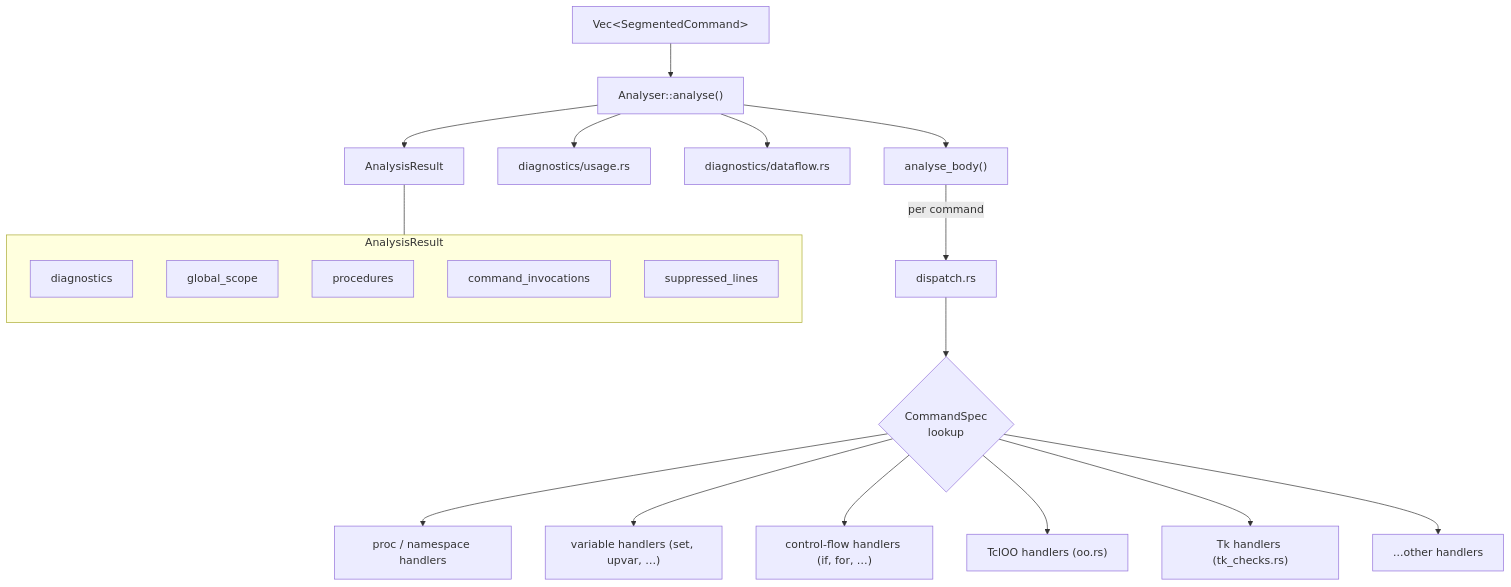
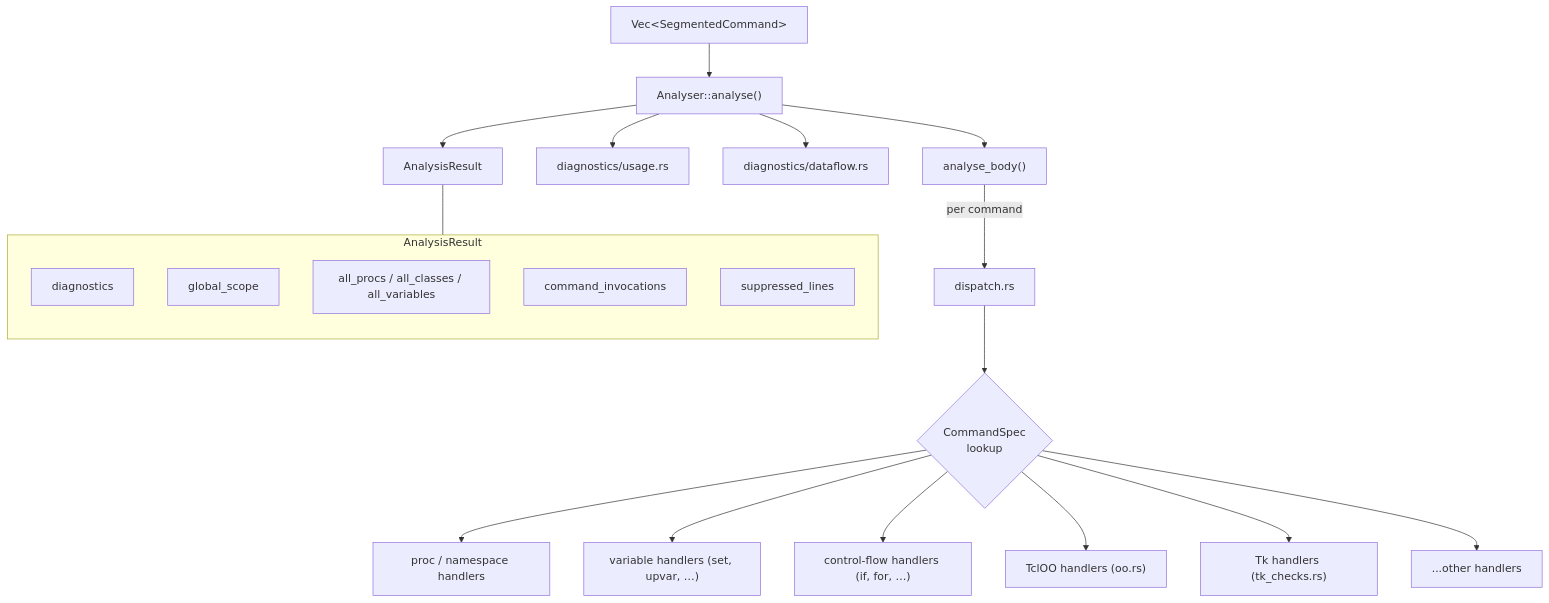
The fifth of 20 diagrams in docs/design/compiler-architecture.md (bitwisecook/tcl-lsp), drawn with Mermaid before and after one commit. The commit also changed other lines of this file and 2 other files, not shown here.

````diff
--- a/docs/design/compiler-architecture.md
+++ b/docs/design/compiler-architecture.md
@@ -207,30 +207,30 @@
 ```mermaid
 flowchart TD
     CMDS["Vec&lt;SegmentedCommand&gt;"] --> ANA["Analyser::analyse()"]
     ANA --> BODY["analyse_body()"]
     BODY --> |"per command"| PROC["dispatch.rs"]
 
     PROC --> MATCH{"CommandSpec<br/>lookup"}
     MATCH --> H_PROC["proc / namespace handlers"]
     MATCH --> H_SET["variable handlers (set, upvar, …)"]
     MATCH --> H_IF["control-flow handlers (if, for, …)"]
     MATCH --> H_OO["TclOO handlers (oo.rs)"]
     MATCH --> H_TK["Tk handlers (tk_checks.rs)"]
     MATCH --> H_ETC["...other handlers"]
 
     ANA --> VUSG["diagnostics/usage.rs"]
     ANA --> VCFG["diagnostics/dataflow.rs"]
 
     ANA --> RES["AnalysisResult"]
 
     subgraph AnalysisResult
         direction TB
         DX["diagnostics"]
         SC["global_scope"]
-        PR["procedures"]
+        PR["all_procs / all_classes / all_variables"]
         CI["command_invocations"]
         SL["suppressed_lines"]
     end
 
     RES --- AnalysisResult
 ```
````
